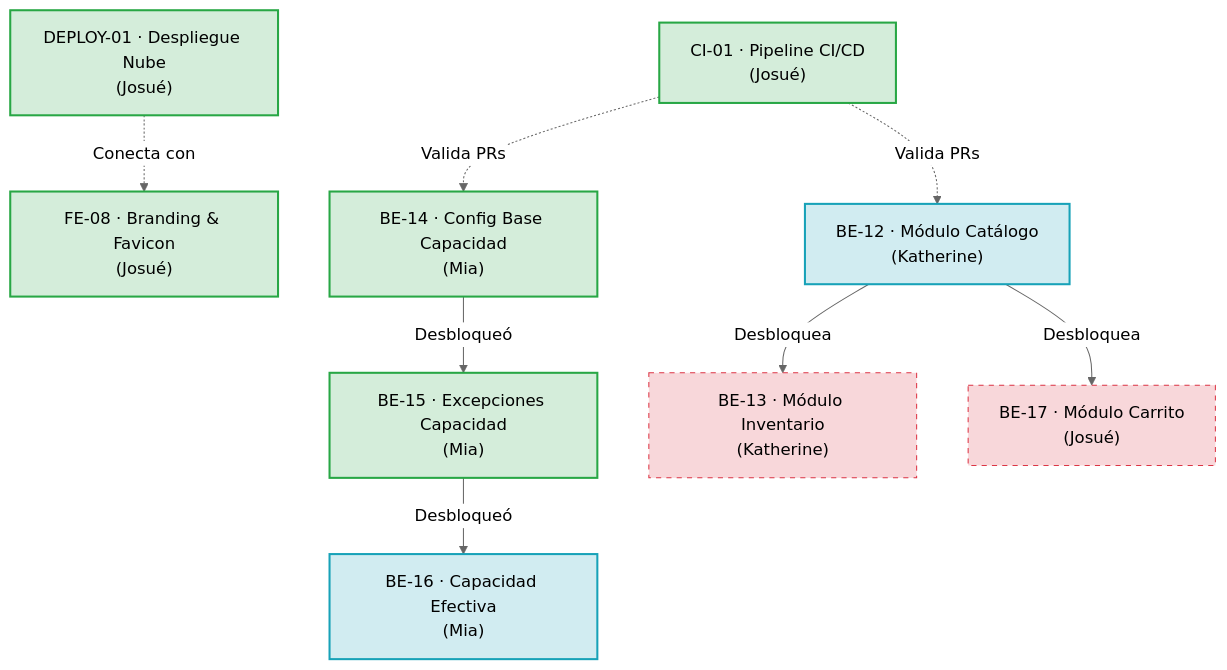
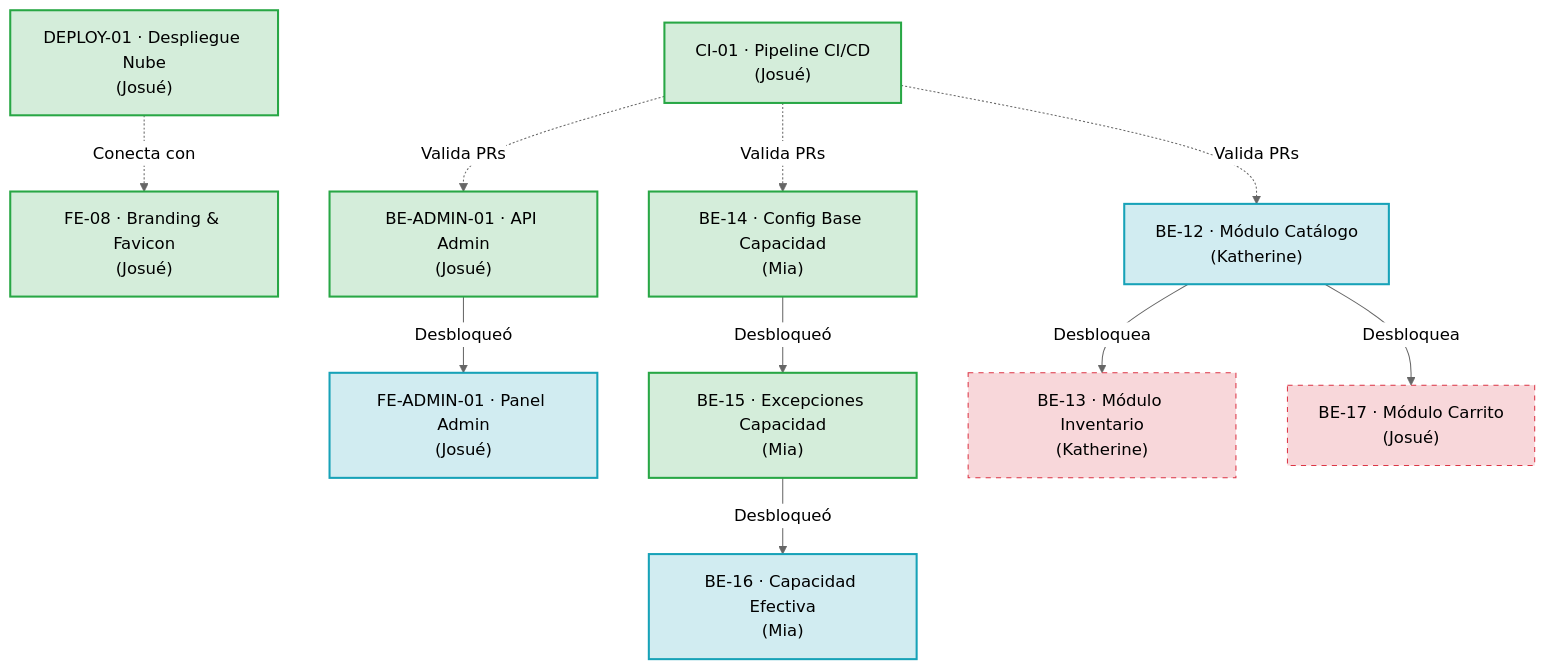
One commit to iJosueeh/jaldishop changed the second of 2 diagrams in docs/06-scrum/sprint-03.md. Above: the diagram before and after it, drawn with Mermaid (neutral theme). The commit also changed other lines of this file and 2 other files, not shown here.

````diff
--- a/docs/06-scrum/sprint-03.md
+++ b/docs/06-scrum/sprint-03.md
@@ -363,25 +427,29 @@
 ```mermaid
 graph TD
     classDef done fill:#d4edda,stroke:#28a745,stroke-width:2px;
     classDef progress fill:#d1ecf1,stroke:#17a2b8,stroke-width:2px;
     classDef review fill:#fff3cd,stroke:#ffc107,stroke-width:2px;
     classDef locked fill:#f8d7da,stroke:#dc3545,stroke-width:1px,stroke-dasharray: 5 5;
 
     CI01["CI-01 · Pipeline CI/CD<br/>(Josué)"]:::done
     DEPLOY01["DEPLOY-01 · Despliegue Nube<br/>(Josué)"]:::done
     FE08["FE-08 · Branding & Favicon<br/>(Josué)"]:::done
+    BEADMIN01["BE-ADMIN-01 · API Admin<br/>(Josué)"]:::done
+    FEADMIN01["FE-ADMIN-01 · Panel Admin<br/>(Josué)"]:::progress
     BE14["BE-14 · Config Base Capacidad<br/>(Mia)"]:::done
     BE15["BE-15 · Excepciones Capacidad<br/>(Mia)"]:::done
     BE16["BE-16 · Capacidad Efectiva<br/>(Mia)"]:::progress
     BE12["BE-12 · Módulo Catálogo<br/>(Katherine)"]:::progress
     BE13["BE-13 · Módulo Inventario<br/>(Katherine)"]:::locked
     BE17["BE-17 · Módulo Carrito<br/>(Josué)"]:::locked
 
     CI01 -. Valida PRs .-> BE12
     CI01 -. Valida PRs .-> BE14
+    CI01 -. Valida PRs .-> BEADMIN01
     DEPLOY01 -. Conecta con .-> FE08
+    BEADMIN01 -->|Desbloqueó| FEADMIN01
     BE14 -->|Desbloqueó| BE15
     BE15 -->|Desbloqueó| BE16
     BE12 -->|Desbloquea| BE13
     BE12 -->|Desbloquea| BE17
 ```
````
